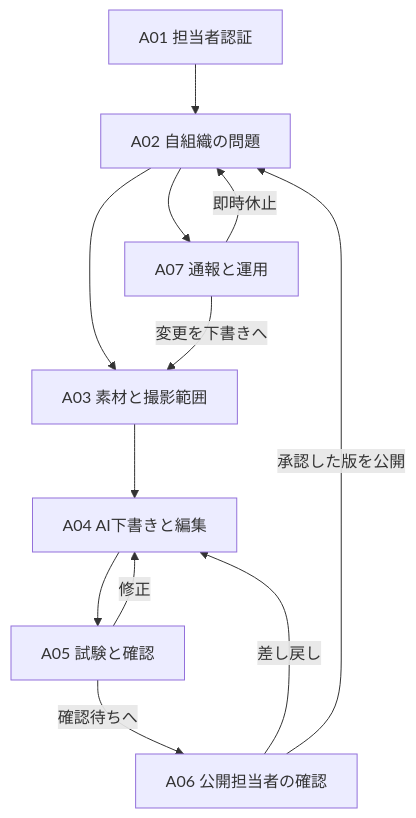
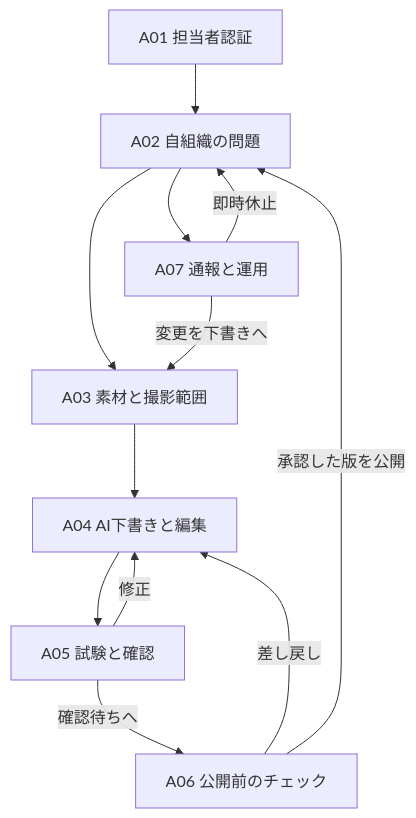
The second of 2 diagrams in docs/screens.md (endgitcode/df-2026-t067-dev), drawn with Mermaid before and after one commit. The commit also changed other lines of this file and 17 other files, not shown here.

````diff
--- a/docs/screens.md
+++ b/docs/screens.md
@@ -100,14 +100,14 @@
 ```mermaid
 flowchart TD
   A01["A01 担当者認証"] --> A02["A02 自組織の問題"]
   A02 --> A03["A03 素材と撮影範囲"]
   A03 --> A04["A04 AI下書きと編集"]
   A04 --> A05["A05 試験と確認"]
   A05 -->|修正| A04
-  A05 -->|確認待ちへ| A06["A06 公開担当者の確認"]
+  A05 -->|確認待ちへ| A06["A06 公開前のチェック"]
   A06 -->|差し戻し| A04
   A06 -->|承認した版を公開| A02
   A02 --> A07["A07 通報と運用"]
   A07 -->|変更を下書きへ| A03
   A07 -->|即時休止| A02
 ```
````
